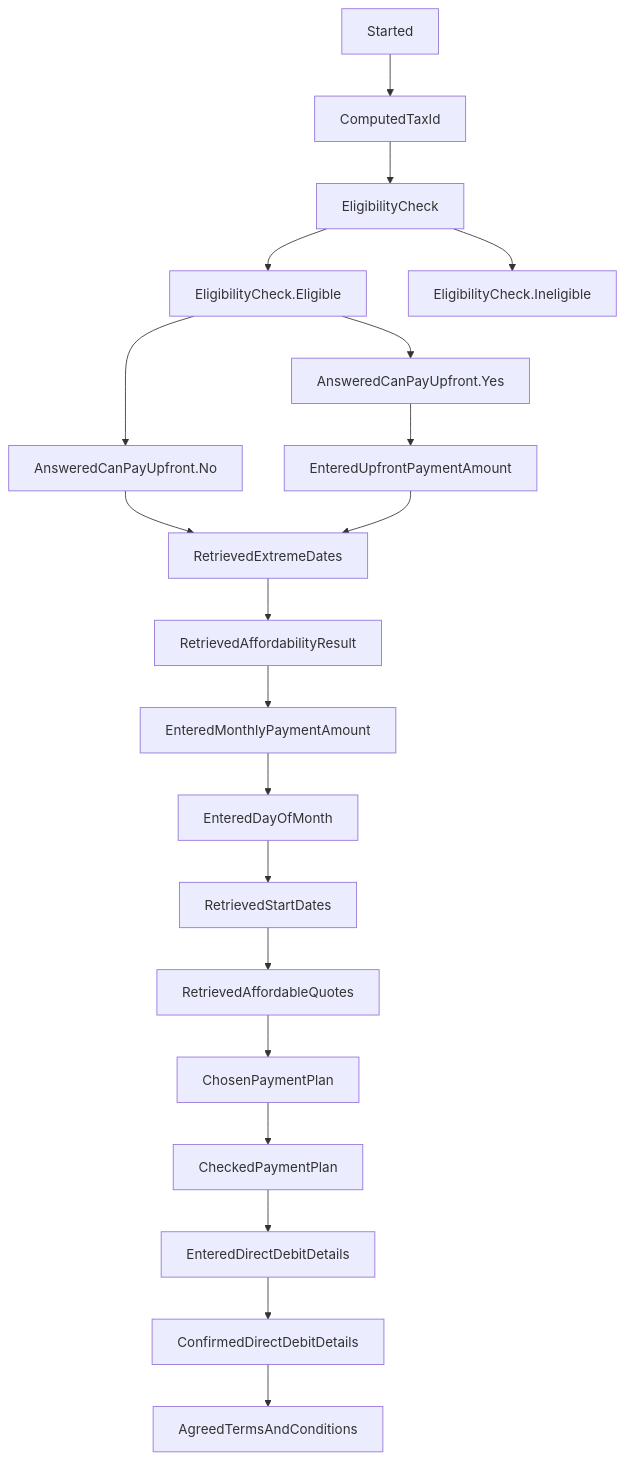
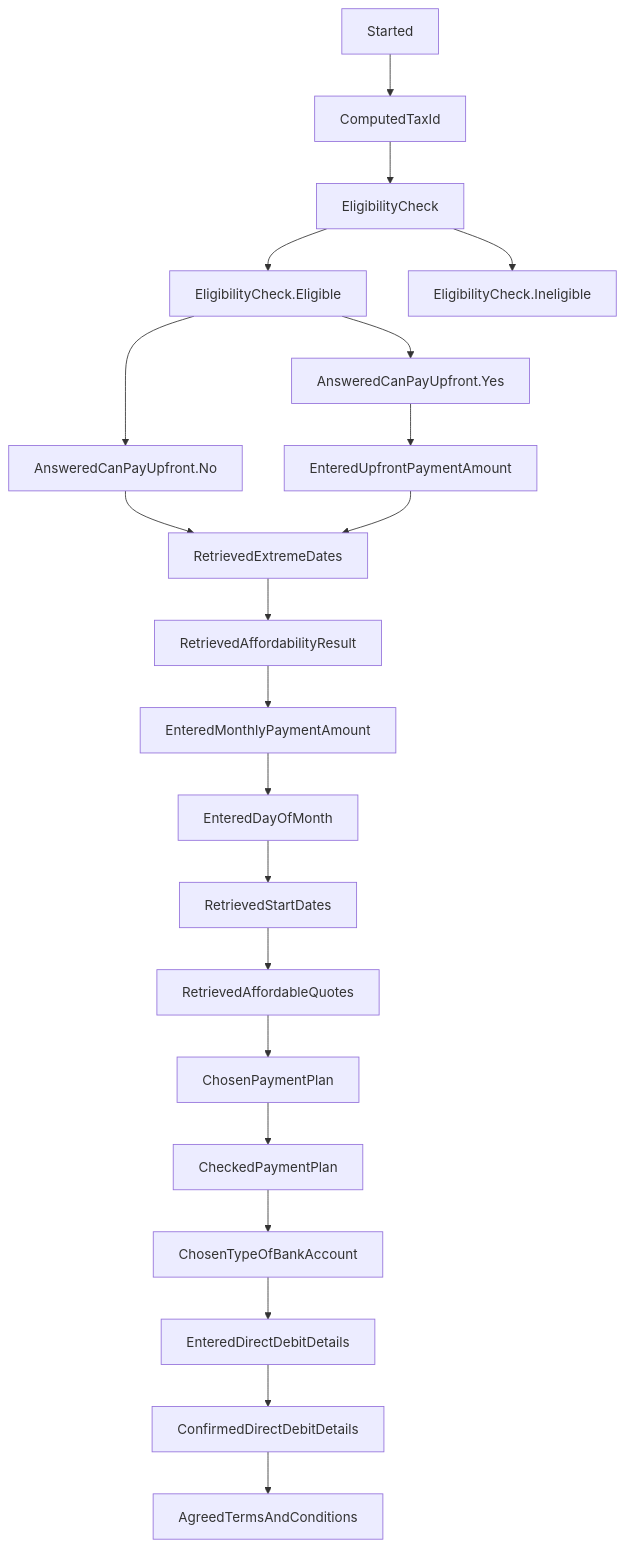
One commit to hmrc/essttp-backend changed the diagram in README.md. Above: the diagram before and after it, drawn with Mermaid. The commit also changed 29 other files, not shown here.

First line of the commit message:
[JB][SUPP-395] add stage for choosing type of bank account (#40)

````diff
--- a/README.md
+++ b/README.md
@@ -16,21 +16,22 @@
 ```mermaid
 graph TD;
     Started --> ComputedTaxId;
     ComputedTaxId --> EligibilityCheck;
     EligibilityCheck --> EligibilityCheck.Eligible;
     EligibilityCheck --> EligibilityCheck.Ineligible;
     EligibilityCheck.Eligible --> AnsweredCanPayUpfront.Yes;
     EligibilityCheck.Eligible --> AnsweredCanPayUpfront.No;
     AnsweredCanPayUpfront.No --> RetrievedExtremeDates;
     AnsweredCanPayUpfront.Yes --> EnteredUpfrontPaymentAmount --> RetrievedExtremeDates;
     RetrievedExtremeDates --> RetrievedAffordabilityResult;
     RetrievedAffordabilityResult --> EnteredMonthlyPaymentAmount;
     EnteredMonthlyPaymentAmount --> EnteredDayOfMonth;
     EnteredDayOfMonth --> RetrievedStartDates;
     RetrievedStartDates --> RetrievedAffordableQuotes;
     RetrievedAffordableQuotes --> ChosenPaymentPlan;
     ChosenPaymentPlan --> CheckedPaymentPlan;
-    CheckedPaymentPlan --> EnteredDirectDebitDetails;
+    CheckedPaymentPlan --> ChosenTypeOfBankAccount;
+    ChosenTypeOfBankAccount --> EnteredDirectDebitDetails;
     EnteredDirectDebitDetails --> ConfirmedDirectDebitDetails;
     ConfirmedDirectDebitDetails --> AgreedTermsAndConditions;
 ```
````
